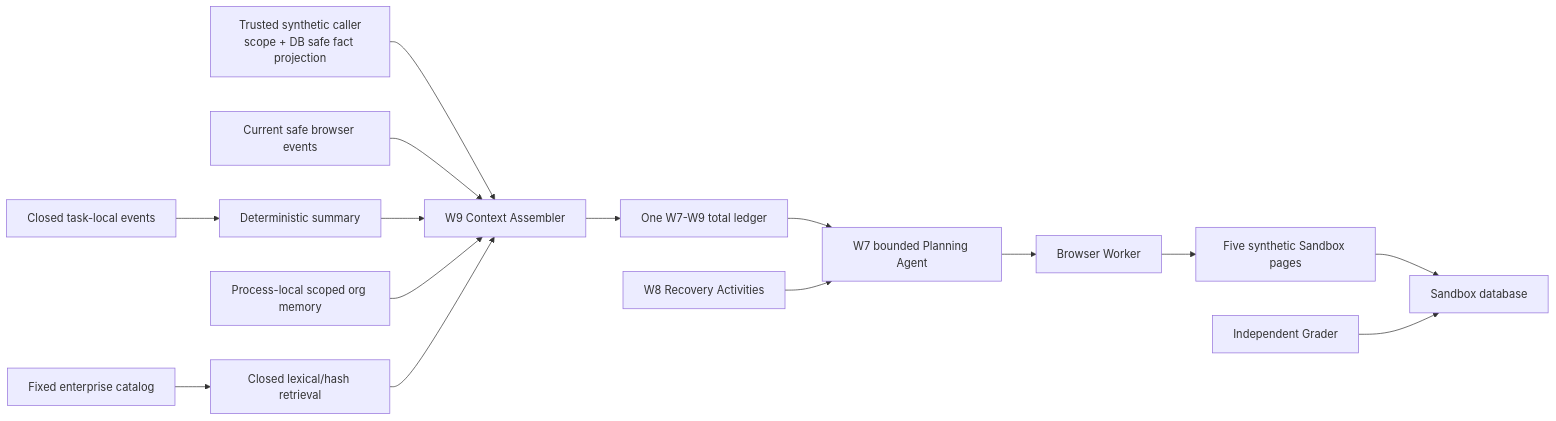
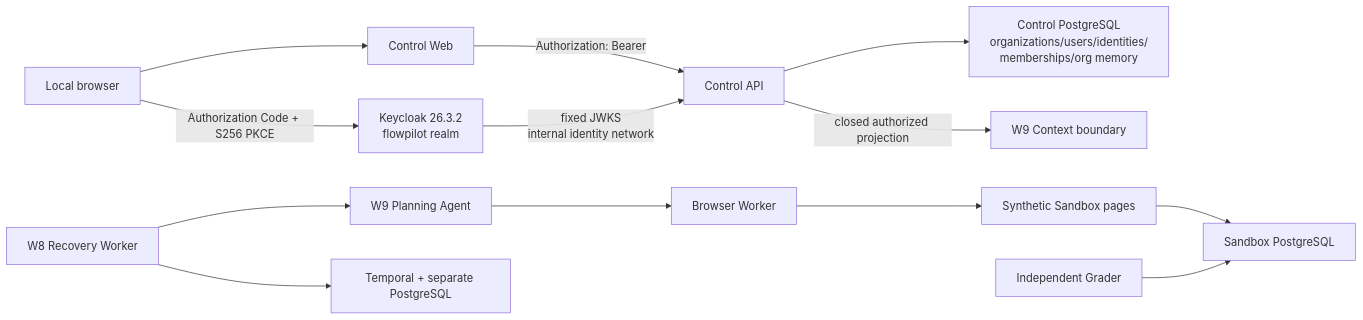
The first of 2 diagrams in docs/architecture.md (taka-wzx/flowpilot-arena), drawn with Mermaid before and after one commit. The commit also changed other lines of this file and 49 other files, not shown here.

```diff
--- a/docs/architecture.md
+++ b/docs/architecture.md
@@ -11,17 +12,15 @@
 ~~~mermaid
 flowchart LR
-    Caller["Trusted synthetic caller<br/>scope + DB safe fact projection"] --> Context["W9 Context Assembler"]
-    BrowserMemory["Current safe browser events"] --> Context
-    Session["Closed task-local events"] --> Summary["Deterministic summary"]
-    Summary --> Context
-    Org["Process-local scoped org memory"] --> Context
-    Catalog["Fixed enterprise catalog"] --> Retrieval["Closed lexical/hash retrieval"]
-    Retrieval --> Context
-    Context --> Ledger["One W7-W9 total ledger"]
-    Ledger --> Planning["W7 bounded Planning Agent"]
-    Recovery["W8 Recovery Activities"] --> Planning
+    Human["Local browser"] -->|"Authorization Code + S256 PKCE"| KC["Keycloak 26.3.2\nflowpilot realm"]
+    Human --> CW["Control Web"]
+    CW -->|"Authorization: Bearer"| CA["Control API"]
+    KC -->|"fixed JWKS\ninternal identity network"| CA
+    CA --> CPDB["Control PostgreSQL\norganizations/users/identities/\nmemberships/org memory"]
+    CA -->|"closed authorized projection"| Context["W9 Context boundary"]
+    Recovery["W8 Recovery Worker"] --> Planning["W9 Planning Agent"]
     Planning --> Browser["Browser Worker"]
-    Browser --> Web["Five synthetic Sandbox pages"]
-    Web --> DB["Sandbox database"]
-    Grader["Independent Grader"] --> DB
+    Browser --> Web["Synthetic Sandbox pages"]
+    Web --> SDB["Sandbox PostgreSQL"]
+    Grader["Independent Grader"] --> SDB
+    Recovery --> Temporal["Temporal + separate PostgreSQL"]
 ~~~
```
